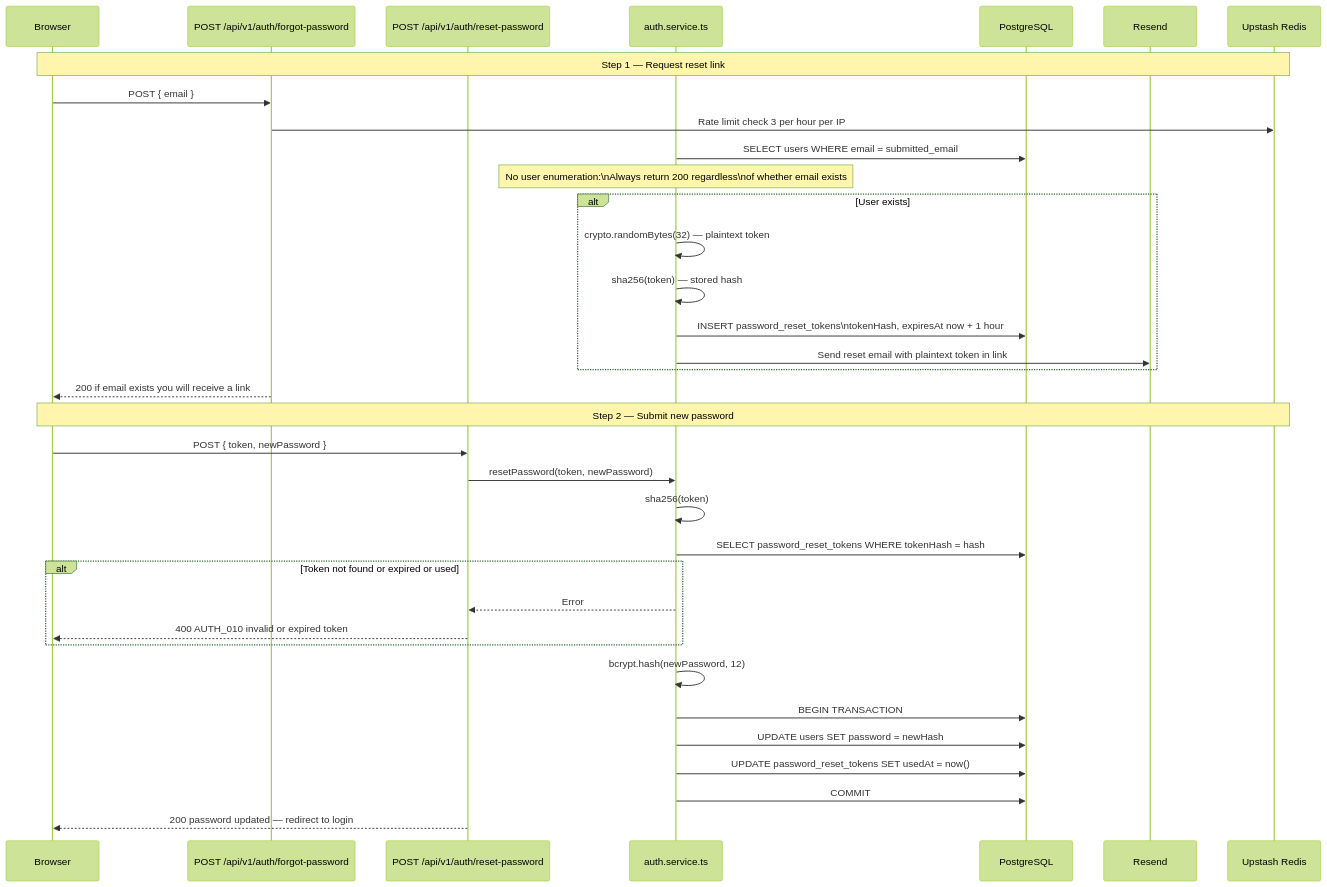
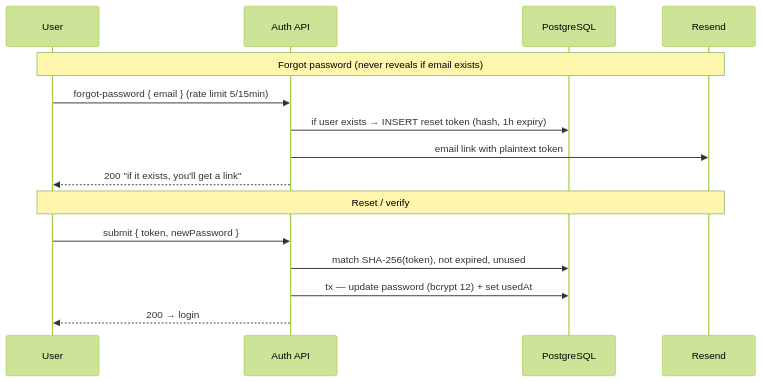
Before and after one commit to KSDRILL-SA/Xkimi-Xa-Mali: the third of 4 diagrams in docs/flows/01-auth-flow.md, drawn with Mermaid (forest theme). The commit also changed other lines of this file and 4 other files, not shown here.

First line of the commit message:
docs: tighten flow diagrams and correct stale framing (#190)

````diff
--- a/docs/flows/01-auth-flow.md
+++ b/docs/flows/01-auth-flow.md
@@ -154,41 +53,19 @@
 ```mermaid
 sequenceDiagram
-    participant B as Browser
-    participant API1 as POST /api/v1/auth/forgot-password
-    participant API2 as POST /api/v1/auth/reset-password
-    participant SVC as auth.service.ts
+    participant U as User
+    participant API as Auth API
     participant DB as PostgreSQL
-    participant EMAIL as Resend
-    participant REDIS as Upstash Redis
+    participant M as Resend
 
-    Note over B,REDIS: Step 1 — Request reset link
+    Note over U,M: Forgot password (never reveals if email exists)
+    U->>API: forgot-password { email } (rate limit 5/15min)
+    API->>DB: if user exists → INSERT reset token (hash, 1h expiry)
+    API->>M: email link with plaintext token
+    API-->>U: 200 "if it exists, you'll get a link"
 
-    B->>API1: POST { email }
-    API1->>REDIS: Rate limit check 3 per hour per IP
-    SVC->>DB: SELECT users WHERE email = submitted_email
-    Note over SVC: No user enumeration:\nAlways return 200 regardless\nof whether email exists
-    alt User exists
-        SVC->>SVC: crypto.randomBytes(32) — plaintext token
-        SVC->>SVC: sha256(token) — stored hash
-        SVC->>DB: INSERT password_reset_tokens\ntokenHash, expiresAt now + 1 hour
-        SVC->>EMAIL: Send reset email with plaintext token in link
-    end
-    API1-->>B: 200 if email exists you will receive a link
-
-    Note over B,REDIS: Step 2 — Submit new password
-
-    B->>API2: POST { token, newPassword }
-    API2->>SVC: resetPassword(token, newPassword)
-    SVC->>SVC: sha256(token)
-    SVC->>DB: SELECT password_reset_tokens WHERE tokenHash = hash
-    alt Token not found or expired or used
-        SVC-->>API2: Error
-        API2-->>B: 400 AUTH_010 invalid or expired token
-    end
-    SVC->>SVC: bcrypt.hash(newPassword, 12)
-    SVC->>DB: BEGIN TRANSACTION
-    SVC->>DB: UPDATE users SET password = newHash
-    SVC->>DB: UPDATE password_reset_tokens SET usedAt = now()
-    SVC->>DB: COMMIT
-    API2-->>B: 200 password updated — redirect to login
+    Note over U,M: Reset / verify
+    U->>API: submit { token, newPassword }
+    API->>DB: match SHA-256(token), not expired, unused
+    API->>DB: tx — update password (bcrypt 12) + set usedAt
+    API-->>U: 200 → login
 ```
````
